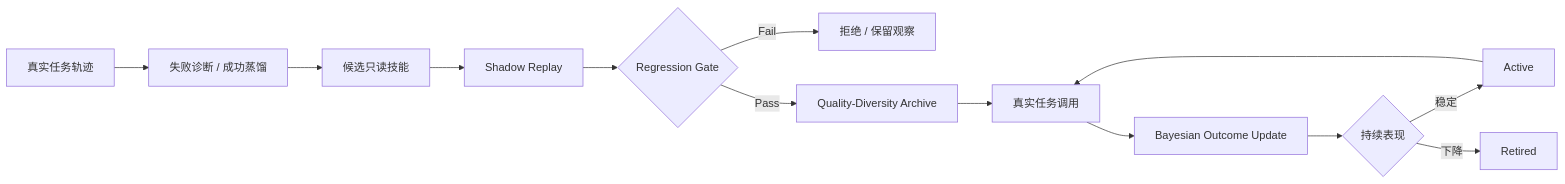
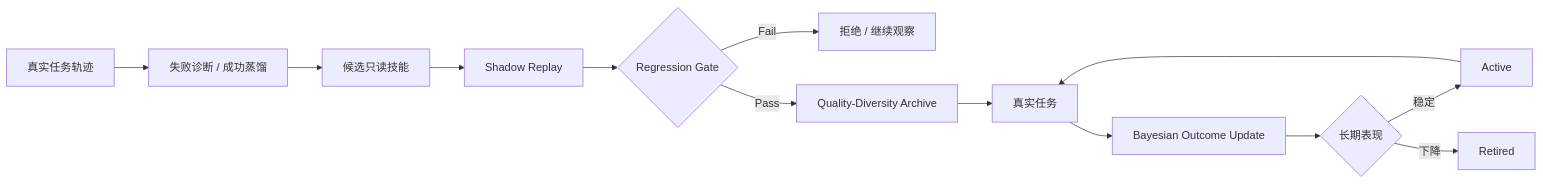
One commit to jiaweine/EcomEvo-Harness changed the diagram in README.md. Above: the diagram before and after it, drawn with Mermaid. The commit also changed other lines of this file, not shown here.

````diff
--- a/README.md
+++ b/README.md
@@ -114,15 +132,15 @@
 ```mermaid
 flowchart LR
     A[真实任务轨迹] --> B[失败诊断 / 成功蒸馏]
     B --> C[候选只读技能]
     C --> D[Shadow Replay]
     D --> E{Regression Gate}
-    E -- Fail --> F[拒绝 / 保留观察]
+    E -- Fail --> F[拒绝 / 继续观察]
     E -- Pass --> G[Quality-Diversity Archive]
-    G --> H[真实任务调用]
+    G --> H[真实任务]
     H --> I[Bayesian Outcome Update]
-    I --> J{持续表现}
+    I --> J{长期表现}
     J -->|稳定| K[Active]
     J -->|下降| L[Retired]
     K --> H
 ```
````
